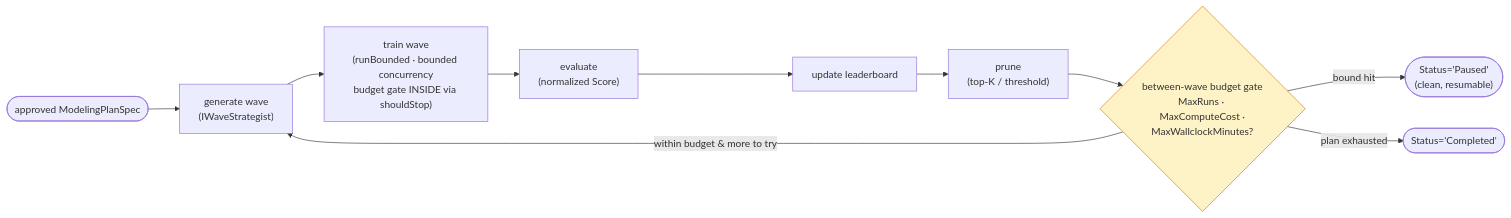
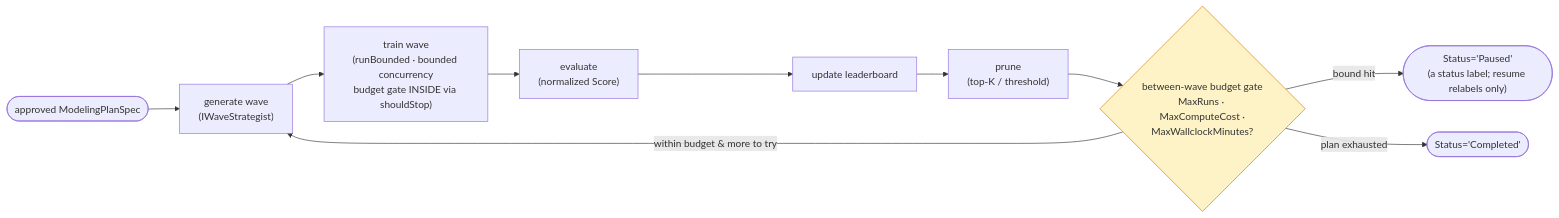
Before and after one commit to MemberJunction/MJ: the eighth of 15 diagrams in guides/PREDICTIVE_STUDIO_GUIDE.md, drawn with Mermaid. The commit also changed other lines of this file and 257 other files, not shown here.

````diff
--- a/guides/PREDICTIVE_STUDIO_GUIDE.md
+++ b/guides/PREDICTIVE_STUDIO_GUIDE.md
@@ -478,13 +510,13 @@
 ```mermaid
 flowchart LR
     START([approved ModelingPlanSpec]) --> GEN["generate wave<br/>(IWaveStrategist)"]
     GEN --> TRAIN["train wave<br/>(runBounded · bounded concurrency<br/>budget gate INSIDE via shouldStop)"]
     TRAIN --> EVAL["evaluate<br/>(normalized Score)"]
     EVAL --> LB["update leaderboard"]
     LB --> PRUNE["prune<br/>(top-K / threshold)"]
     PRUNE --> GATE{"between-wave budget gate<br/>MaxRuns · MaxComputeCost ·<br/>MaxWallclockMinutes?"}
     GATE -->|within budget & more to try| GEN
-    GATE -->|bound hit| PAUSE(["Status='Paused'<br/>(clean, resumable)"])
+    GATE -->|bound hit| PAUSE(["Status='Paused'<br/>(a status label; resume relabels only)"])
     GATE -->|plan exhausted| DONE(["Status='Completed'"])
     style GATE fill:#fef3c7,stroke:#d97706
 ```
````
